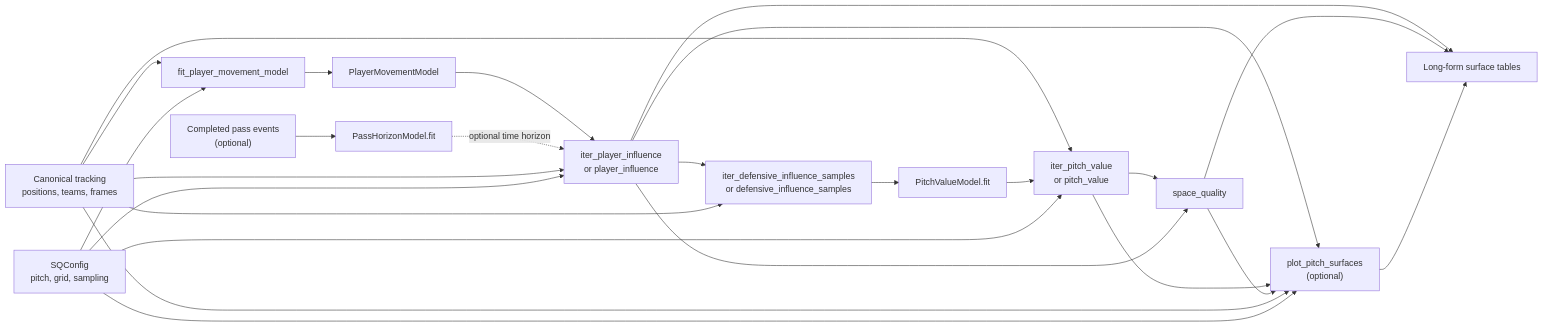
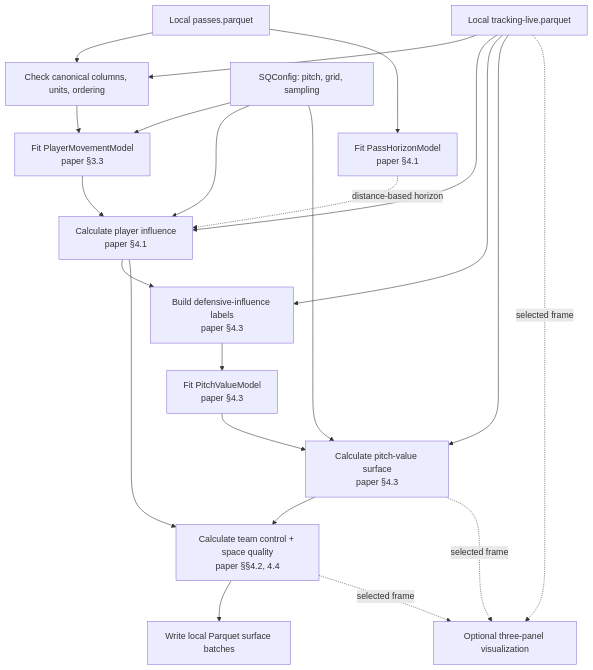
Before and after one commit to benbellman/SQmdb: the diagram in docs/api-flow.md, drawn with Mermaid. The commit also changed other lines of this file and 12 other files, not shown here.

````diff
--- a/docs/api-flow.md
+++ b/docs/api-flow.md
@@ -8,41 +19,38 @@
 ```mermaid
-flowchart LR
-    tracking["Canonical tracking<br/>positions, teams, frames"]
-    config["SQConfig<br/>pitch, grid, sampling"]
-    movement_fit["fit_player_movement_model"]
-    movement_model["PlayerMovementModel"]
-    passes["Completed pass events<br/>(optional)"]
-    pass_model["PassHorizonModel.fit"]
-    influence["iter_player_influence<br/>or player_influence"]
-    labels["iter_defensive_influence_samples<br/>or defensive_influence_samples"]
-    value_model["PitchValueModel.fit"]
-    pitch["iter_pitch_value<br/>or pitch_value"]
-    quality["space_quality"]
-    plot["plot_pitch_surfaces<br/>(optional)"]
-    surfaces["Long-form surface tables"]
+flowchart TD
+    tracking["Local tracking-live.parquet"]
+    passes["Local passes.parquet"]
+    schema["Check canonical columns, units, ordering"]
+    config["SQConfig: pitch, grid, sampling"]
+    movement["Fit PlayerMovementModel<br/>paper §3.3"]
+    horizon["Fit PassHorizonModel<br/>paper §4.1"]
+    influence["Calculate player influence<br/>paper §4.1"]
+    labels["Build defensive-influence labels<br/>paper §4.3"]
+    value_model["Fit PitchValueModel<br/>paper §4.3"]
+    value["Calculate pitch-value surface<br/>paper §4.3"]
+    quality["Calculate team control + space quality<br/>paper §§4.2, 4.4"]
+    output["Write local Parquet surface batches"]
+    plot["Optional three-panel visualization"]
 
-    tracking --> movement_fit
-    config --> movement_fit
-    movement_fit --> movement_model
-    passes --> pass_model
-    movement_model --> influence
-    pass_model -. optional time horizon .-> influence
+    tracking --> schema
+    passes --> schema
+    schema --> movement
+    config --> movement
+    passes --> horizon
+    movement --> influence
+    horizon -. "distance-based horizon" .-> influence
     tracking --> influence
     config --> influence
-    influence --> surfaces
     influence --> labels
     tracking --> labels
     labels --> value_model
-    tracking --> pitch
-    value_model --> pitch
-    config --> pitch
-    pitch --> quality
+    tracking --> value
+    value_model --> value
+    config --> value
     influence --> quality
-    quality --> surfaces
-    influence --> plot
-    pitch --> plot
-    quality --> plot
-    tracking --> plot
-    config --> plot
-    plot --> surfaces
+    value --> quality
+    quality --> output
+    quality -. "selected frame" .-> plot
+    value -. "selected frame" .-> plot
+    tracking -. "selected frame" .-> plot
 ```
````
